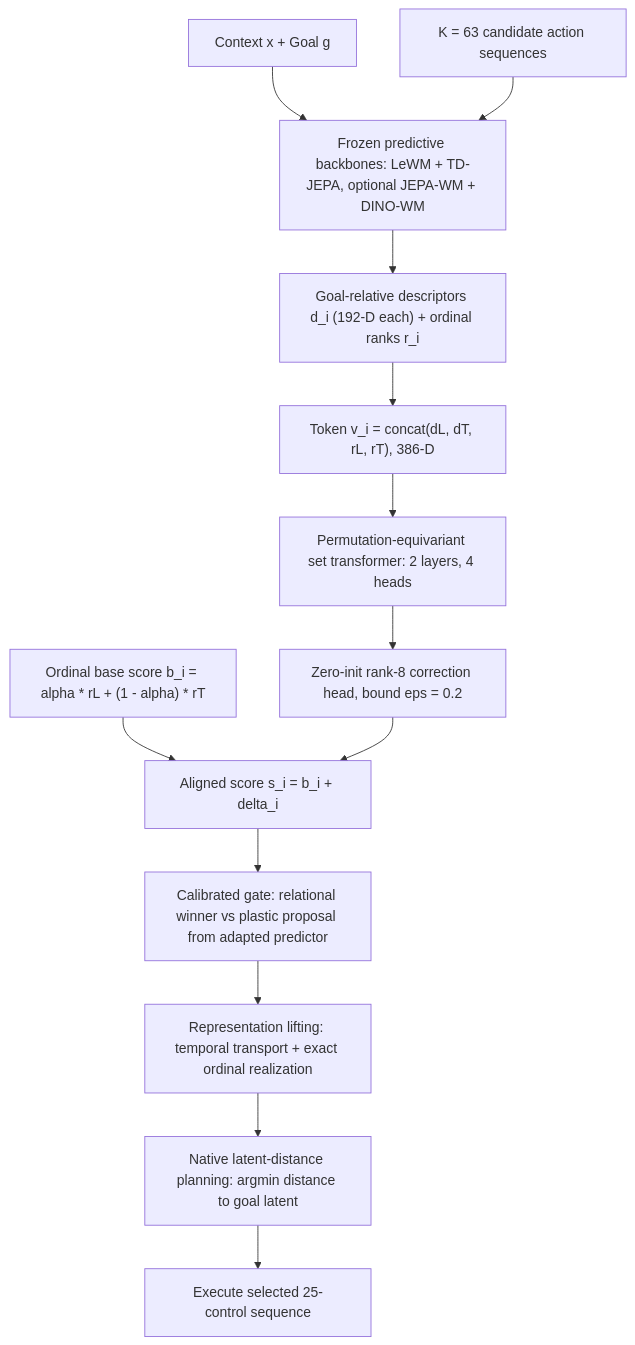
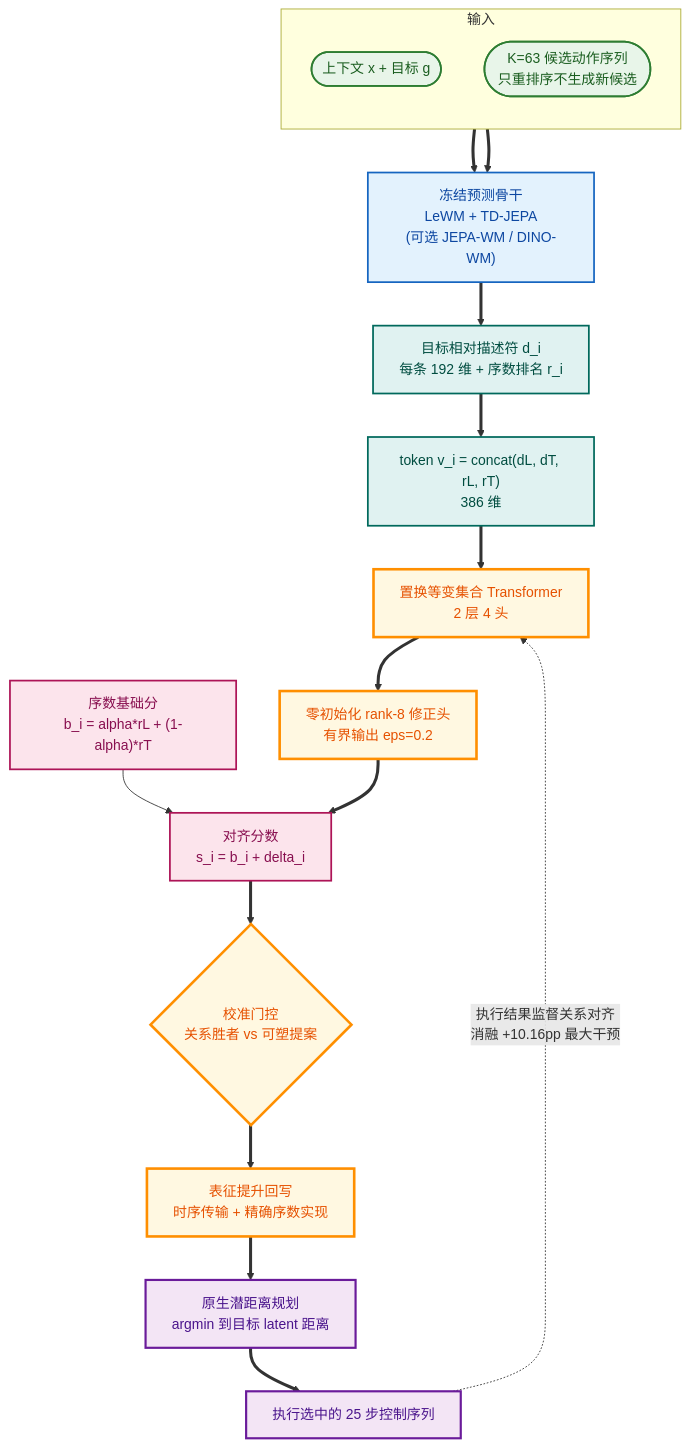
One commit to luohu-arch/physical_intelligence_study changed the diagram in notes/world-model/d-jepa.md. Above: the diagram before and after it, drawn with Mermaid. The commit also changed 153 other files, not shown here.

````diff
--- a/notes/world-model/d-jepa.md
+++ b/notes/world-model/d-jepa.md
@@ -52,15 +52,48 @@
 ```mermaid
-graph TD
-    CTX["Context x + Goal g"] --> WM["Frozen predictive backbones: LeWM + TD-JEPA, optional JEPA-WM + DINO-WM"]
-    CAND["K = 63 candidate action sequences"] --> WM
-    WM --> DESC["Goal-relative descriptors d_i (192-D each) + ordinal ranks r_i"]
-    DESC --> TOKEN["Token v_i = concat(dL, dT, rL, rT), 386-D"]
-    TOKEN --> SET["Permutation-equivariant set transformer: 2 layers, 4 heads"]
-    SET --> HEAD["Zero-init rank-8 correction head, bound eps = 0.2"]
-    BASE["Ordinal base score b_i = alpha * rL + (1 - alpha) * rT"] --> SCORE["Aligned score s_i = b_i + delta_i"]
-    HEAD --> SCORE
-    SCORE --> GATE["Calibrated gate: relational winner vs plastic proposal from adapted predictor"]
-    GATE --> LIFT["Representation lifting: temporal transport + exact ordinal realization"]
-    LIFT --> PLAN["Native latent-distance planning: argmin distance to goal latent"]
-    PLAN --> EXEC["Execute selected 25-control sequence"]
+%%{init: {
+  'theme':'base',
+  'themeVariables':{
+    'primaryColor':'#fafbfd','primaryBorderColor':'#4a5d7d','primaryTextColor':'#1f2937',
+    'fontFamily':'"PingFang SC","Hiragino Sans GB","Microsoft YaHei",sans-serif',
+    'fontSize':'14px','clusterBkg':'#fbfcfe','clusterBorder':'#b9c6d8','edgeLabelBackground':'#ffffff'
+  },
+  'flowchart':{'curve':'basis','nodeSpacing':26,'rankSpacing':42,'padding':10}
+}}%%
+flowchart TD
+    subgraph IN["输入"]
+        direction TB
+        CTX(["上下文 x + 目标 g"])
+        CAND(["K=63 候选动作序列<br/>只重排序不生成新候选"])
+    end
+
+    WM["冻结预测骨干<br/>LeWM + TD-JEPA<br/>(可选 JEPA-WM / DINO-WM)"]
+    CTX ==> WM
+    CAND ==> WM
+    WM ==> DESC["目标相对描述符 d_i<br/>每条 192 维 + 序数排名 r_i"]
+    DESC ==> TOKEN["token v_i = concat(dL, dT, rL, rT)<br/>386 维"]
+    TOKEN ==> SET["置换等变集合 Transformer<br/>2 层 4 头"]
+    SET ==> HEAD["零初始化 rank-8 修正头<br/>有界输出 eps=0.2"]
+    BASE["序数基础分<br/>b_i = alpha*rL + (1-alpha)*rT"] --> SCORE["对齐分数<br/>s_i = b_i + delta_i"]
+    HEAD ==> SCORE
+    SCORE ==> GATE{"校准门控<br/>关系胜者 vs 可塑提案"}
+    GATE ==> LIFT["表征提升回写<br/>时序传输 + 精确序数实现"]
+    LIFT ==> PLAN["原生潜距离规划<br/>argmin 到目标 latent 距离"]
+    PLAN ==> EXEC["执行选中的 25 步控制序列"]
+    EXEC -.->|"执行结果监督关系对齐<br/>消融 +10.16pp 最大干预"| SET
+
+    class CTX,CAND data
+    class WM frozen
+    class DESC,TOKEN env
+    class SET,HEAD,GATE,LIFT key
+    class BASE,SCORE reward
+    class PLAN,EXEC act
+    classDef data fill:#e8f5e9,stroke:#2e7d32,stroke-width:2px,color:#1b5e20
+    classDef frozen fill:#e3f2fd,stroke:#1565c0,stroke-width:2px,color:#0d47a1
+    classDef train fill:#fff3e0,stroke:#ef6c00,stroke-width:2.5px,color:#e65100
+    classDef loss fill:#ffebee,stroke:#c62828,stroke-width:2px,color:#b71c1c,stroke-dasharray:6 3
+    classDef act fill:#f3e5f5,stroke:#6a1b9a,stroke-width:2.5px,color:#4a148c
+    classDef key fill:#fff8e1,stroke:#ff8f00,stroke-width:3px,color:#e65100
+    classDef loop fill:#eceff1,stroke:#546e7a,stroke-width:1.5px,color:#37474f,stroke-dasharray:4 3
+    classDef env fill:#e0f2f1,stroke:#00695c,stroke-width:2px,color:#004d40
+    classDef reward fill:#fce4ec,stroke:#ad1457,stroke-width:2px,color:#880e4f
 ```
````
